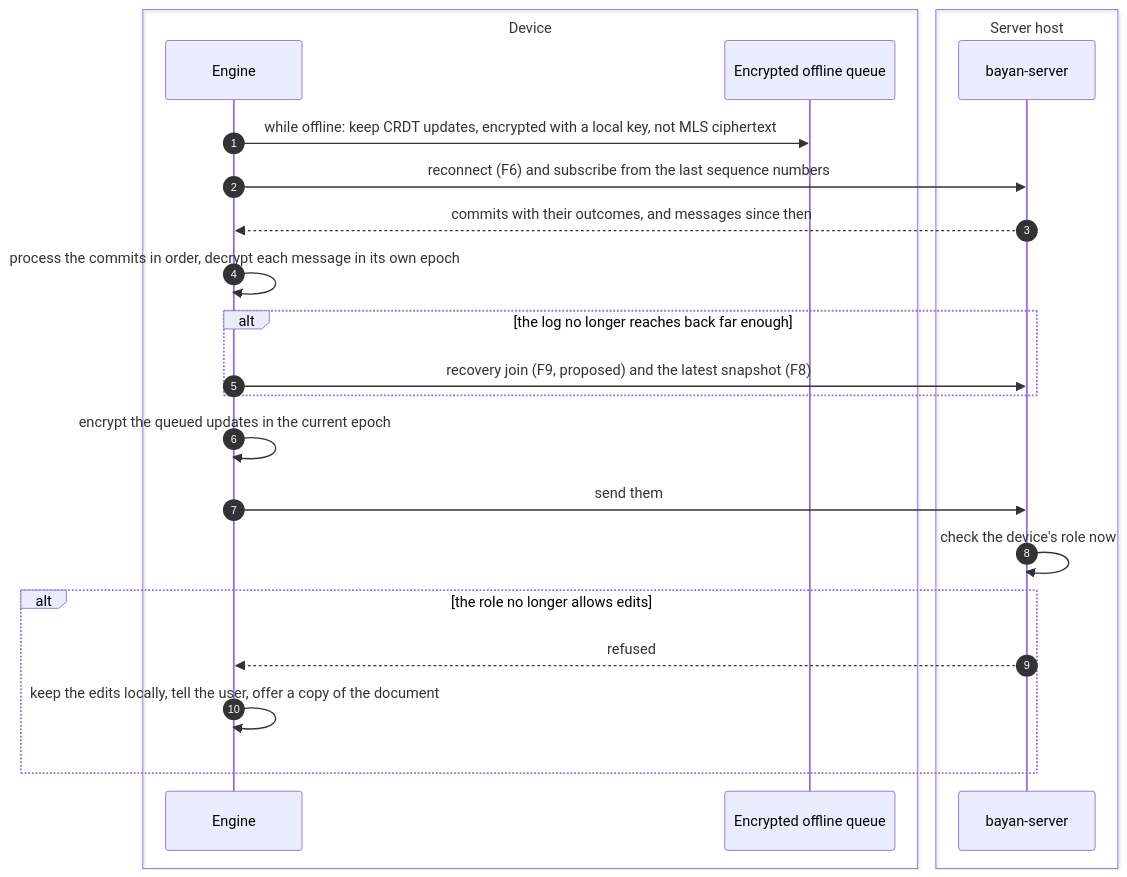
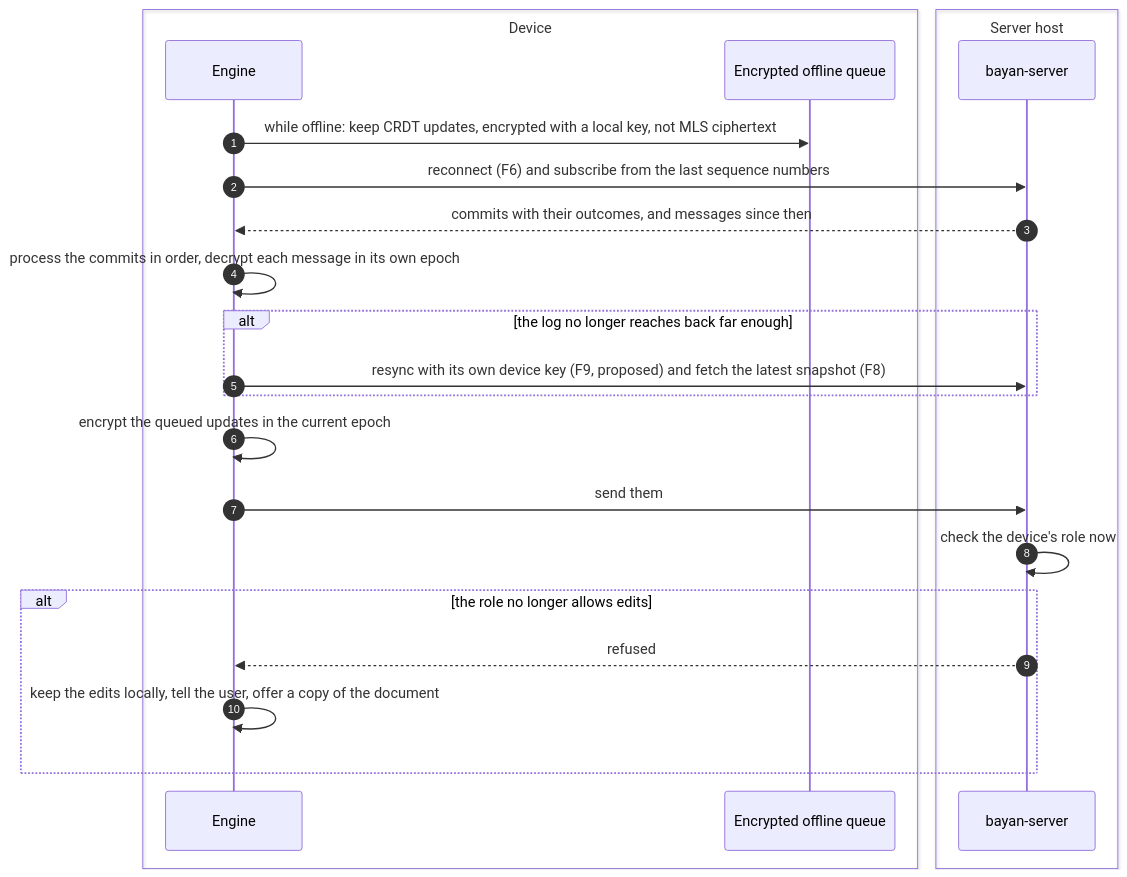
One commit to BayanDocs/docs changed the tenth of 21 diagrams in specs/threat-model.md. Above: the diagram before and after it, drawn with Mermaid. The commit also changed other lines of this file and 1 other file, not shown here.

````diff
--- a/specs/threat-model.md
+++ b/specs/threat-model.md
@@ -612,25 +686,25 @@
 ```mermaid
 sequenceDiagram
   autonumber
   box Device
     participant E as Engine
     participant Q as Encrypted offline queue
   end
   box Server host
     participant S as bayan-server
   end
   E->>Q: while offline: keep CRDT updates, encrypted with a local key, not MLS ciphertext
   E->>S: reconnect (F6) and subscribe from the last sequence numbers
   S-->>E: commits with their outcomes, and messages since then
   E->>E: process the commits in order, decrypt each message in its own epoch
   alt the log no longer reaches back far enough
-    E->>S: recovery join (F9, proposed) and the latest snapshot (F8)
+    E->>S: resync with its own device key (F9, proposed) and fetch the latest snapshot (F8)
   end
   E->>E: encrypt the queued updates in the current epoch
   E->>S: send them
   S->>S: check the device's role now
   alt the role no longer allows edits
     S-->>E: refused
     E->>E: keep the edits locally, tell the user, offer a copy of the document
   end
 ```
````
